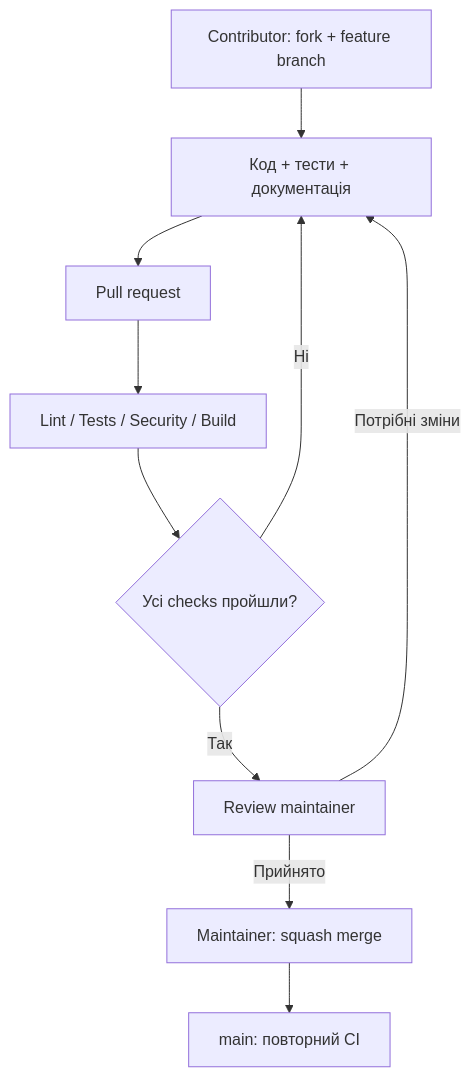
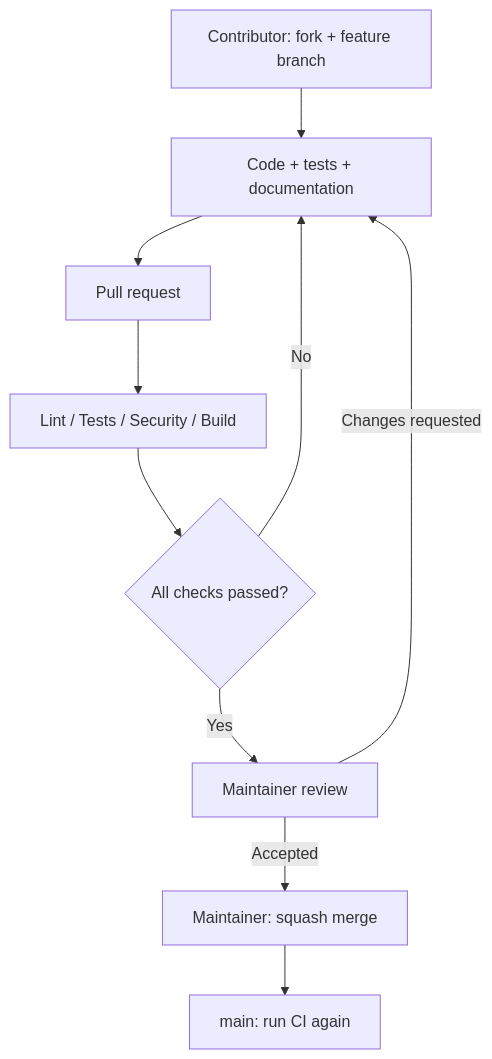
Before and after one commit to CloudOpsMaster/pipeforge: the diagram in docs/development-plan.md, drawn with Mermaid. The commit also changed other lines of this file and 3 other files, not shown here.

````diff
--- a/docs/development-plan.md
+++ b/docs/development-plan.md
@@ -94,12 +94,12 @@
 ```mermaid
 flowchart TD
-    A[Contributor: fork + feature branch] --> B[Код + тести + документація]
+    A[Contributor: fork + feature branch] --> B[Code + tests + documentation]
     B --> C[Pull request]
     C --> D[Lint / Tests / Security / Build]
-    D --> E{Усі checks пройшли?}
-    E -->|Ні| B
-    E -->|Так| F[Review maintainer]
-    F -->|Потрібні зміни| B
-    F -->|Прийнято| G[Maintainer: squash merge]
-    G --> H[main: повторний CI]
+    D --> E{All checks passed?}
+    E -->|No| B
+    E -->|Yes| F[Maintainer review]
+    F -->|Changes requested| B
+    F -->|Accepted| G[Maintainer: squash merge]
+    G --> H[main: run CI again]
 ```
````
